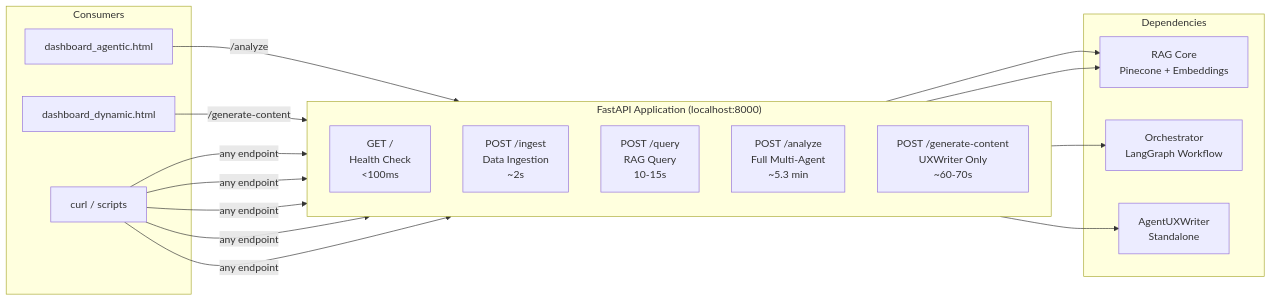
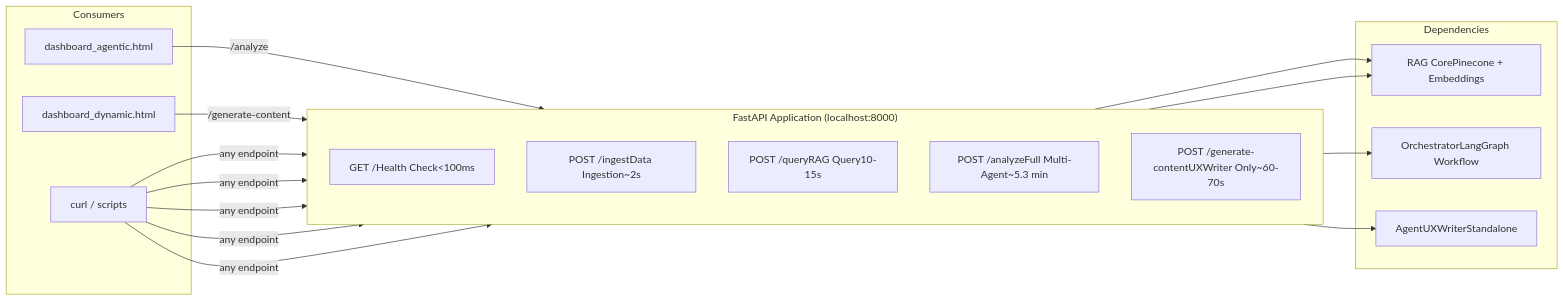
Before and after one commit to AlvGolf/AlvGolf-Identity-EngineV3: the seventh of 8 diagrams in ARCHITECTURE.md, drawn with Mermaid. The commit also changed other lines of this file, not shown here.

Commit message:
Fix Mermaid diagram formatting: Remove HTML line breaks from first diagram

````diff
--- a/ARCHITECTURE.md
+++ b/ARCHITECTURE.md
@@ -329,33 +329,33 @@
 ```mermaid
 graph LR
     subgraph "FastAPI Application (localhost:8000)"
         direction TB
 
-        H["GET /<br/>Health Check<br/><100ms"]
-        I["POST /ingest<br/>Data Ingestion<br/>~2s"]
-        Q["POST /query<br/>RAG Query<br/>10-15s"]
-        A["POST /analyze<br/>Full Multi-Agent<br/>~5.3 min"]
-        C["POST /generate-content<br/>UXWriter Only<br/>~60-70s"]
+        H["GET /Health Check<100ms"]
+        I["POST /ingestData Ingestion~2s"]
+        Q["POST /queryRAG Query10-15s"]
+        A["POST /analyzeFull Multi-Agent~5.3 min"]
+        C["POST /generate-contentUXWriter Only~60-70s"]
     end
 
     subgraph "Dependencies"
-        RAG[RAG Core<br/>Pinecone + Embeddings]
-        ORCH[Orchestrator<br/>LangGraph Workflow]
-        UXW[AgentUXWriter<br/>Standalone]
+        RAG[RAG CorePinecone + Embeddings]
+        ORCH[OrchestratorLangGraph Workflow]
+        UXW[AgentUXWriterStandalone]
     end
 
     subgraph "Consumers"
         DA[dashboard_agentic.html]
         DD[dashboard_dynamic.html]
         CLI[curl / scripts]
     end
 
     I --> RAG
     Q --> RAG
     A --> ORCH
     C --> UXW
 
     DA -->|"/analyze"| A
     DD -->|"/generate-content"| C
     CLI -->|"any endpoint"| H & I & Q & A & C
 ```
````
